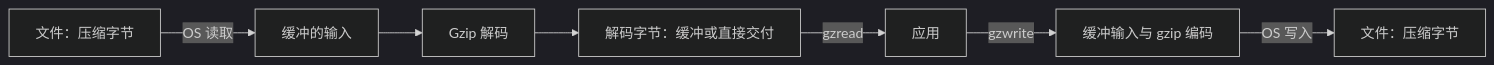
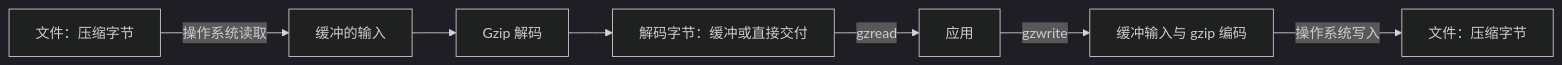
The third of 4 diagrams in docs/guide/interfaces.zh.md (cla7aye15I4nd/zlib-f), drawn with Mermaid (dark theme) before and after one commit. The commit also changed other lines of this file and 237 other files, not shown here.

````diff
--- a/docs/guide/interfaces.zh.md
+++ b/docs/guide/interfaces.zh.md
@@ -106,9 +108,9 @@
 ```mermaid
 flowchart LR
-    file["文件：压缩字节"] -->|"OS 读取"| input["缓冲的输入"]
+    file["文件：压缩字节"] -->|"操作系统读取"| input["缓冲的输入"]
     input --> decoder["Gzip 解码"]
     decoder --> output["解码字节：缓冲或直接交付"]
     output -->|"gzread"| app["应用"]
     app -->|"gzwrite"| encoder["缓冲输入与 gzip 编码"]
-    encoder -->|"OS 写入"| sink["文件：压缩字节"]
+    encoder -->|"操作系统写入"| sink["文件：压缩字节"]
 ```
````
